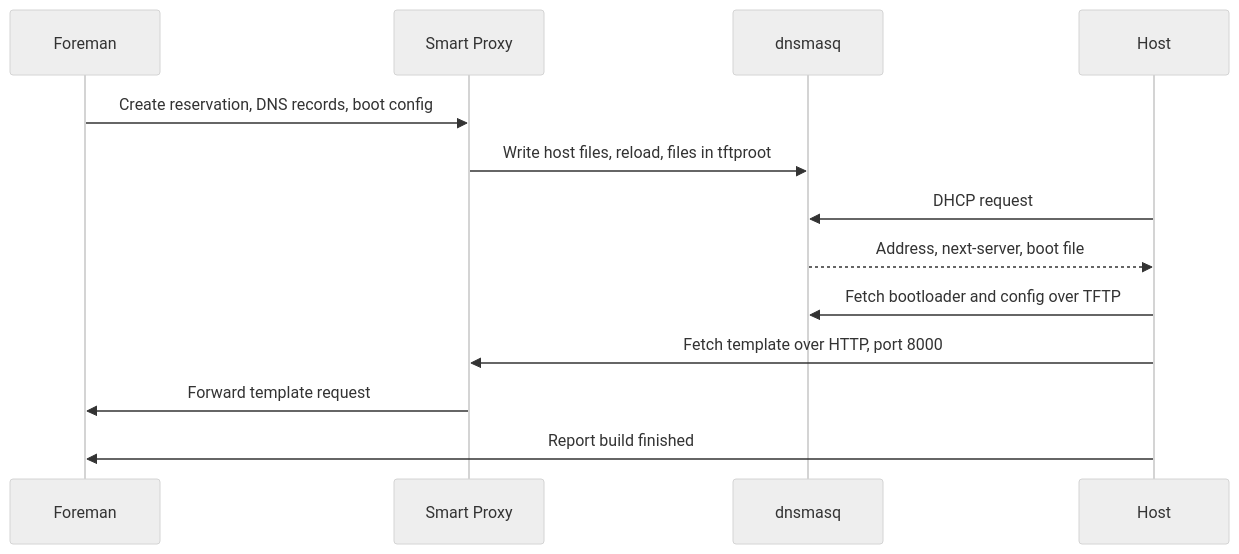
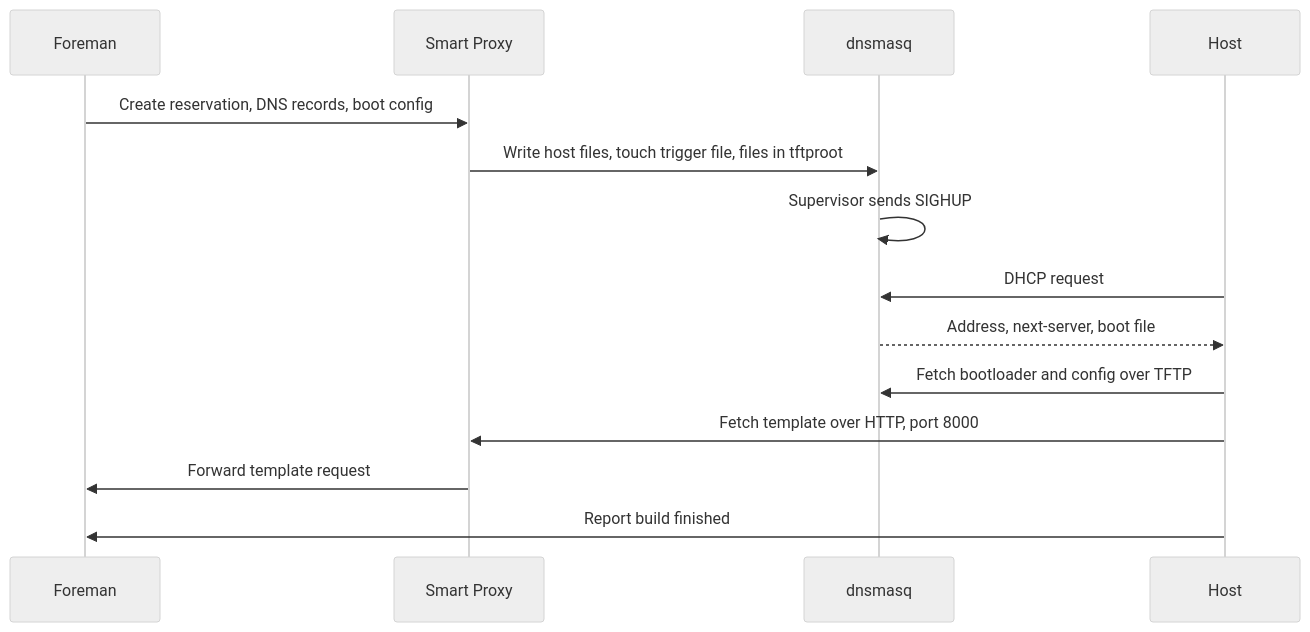
One commit to slauger/foreman-operator changed the diagram in docs/concepts/provisioning.md. Above: the diagram before and after it, drawn with Mermaid (neutral theme). The commit also changed other lines of this file and 89 other files, not shown here.

First line of the commit message:
feat: MVP with operator, controllers, images, and Helm chart (#5)

````diff
--- a/docs/concepts/provisioning.md
+++ b/docs/concepts/provisioning.md
@@ -8,15 +8,16 @@
 ```mermaid
 sequenceDiagram
   participant F as Foreman
   participant P as Smart Proxy
   participant D as dnsmasq
   participant H as Host
   F->>P: Create reservation, DNS records, boot config
-  P->>D: Write host files, reload, files in tftproot
+  P->>D: Write host files, touch trigger file, files in tftproot
+  D->>D: Supervisor sends SIGHUP
   H->>D: DHCP request
   D-->>H: Address, next-server, boot file
   H->>D: Fetch bootloader and config over TFTP
   H->>P: Fetch template over HTTP, port 8000
   P->>F: Forward template request
   H->>F: Report build finished
 ```
````
